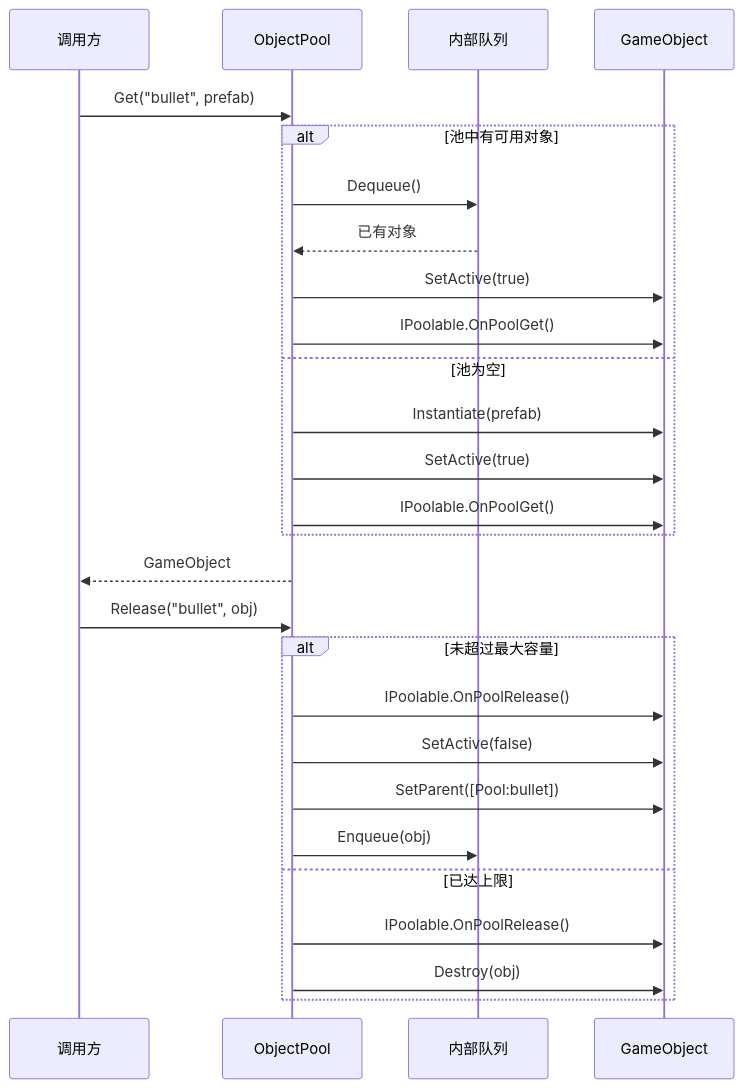
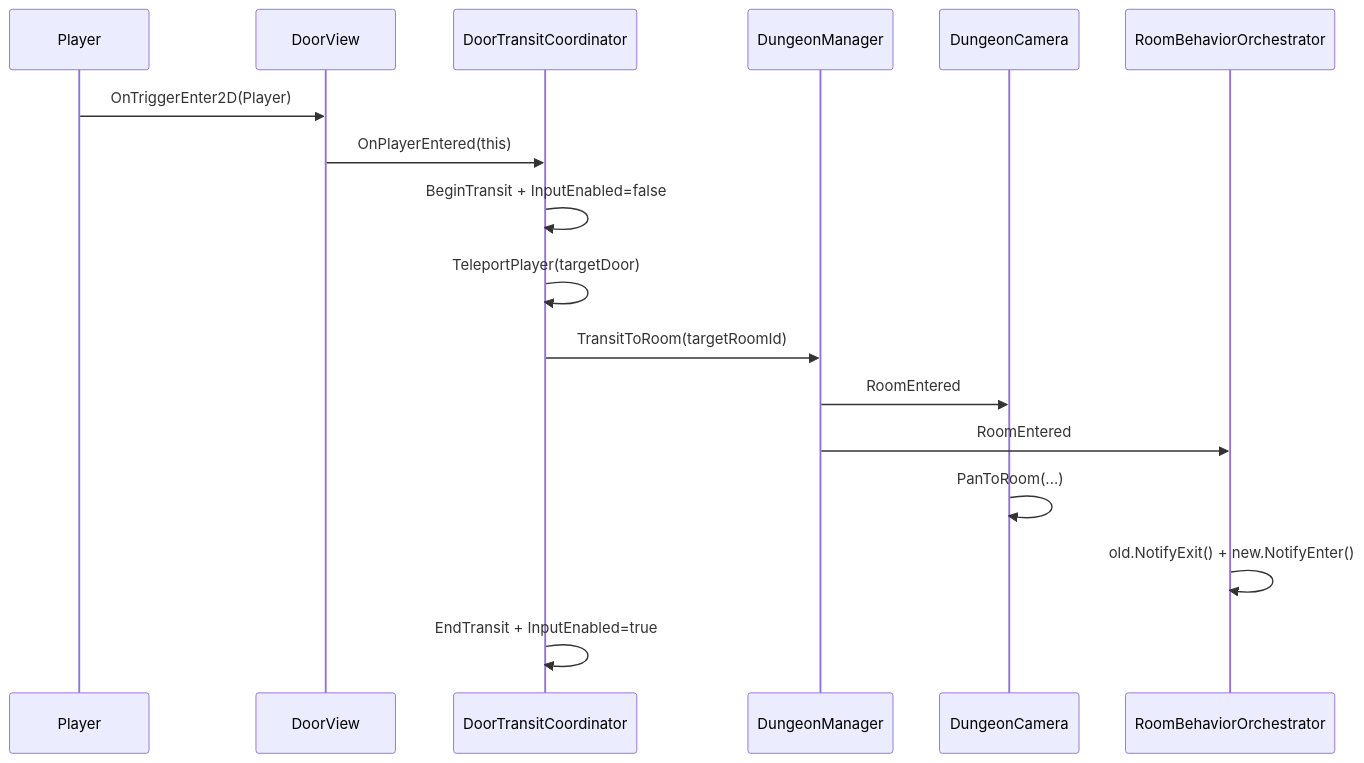
The third of 4 diagrams in README.md (PatrickStar091514/2D-Rougulike-Dungeon), drawn with Mermaid before and after one commit. The commit also changed other lines of this file and 88 other files, not shown here.

First line of the commit message:
feat: 完成地牢视图层与门转场链路接入并重写项目 README

````diff
--- a/README.md
+++ b/README.md
@@ -285,31 +230,20 @@
 ```mermaid
 sequenceDiagram
-    participant Caller as 调用方
-    participant OP as ObjectPool
-    participant Pool as 内部队列
-    participant Obj as GameObject
+    participant P as Player
+    participant DV as DoorView
+    participant TC as DoorTransitCoordinator
+    participant DM as DungeonManager
+    participant Cam as DungeonCamera
+    participant RBO as RoomBehaviorOrchestrator
 
-    Caller->>OP: Get("bullet", prefab)
-    alt 池中有可用对象
-        OP->>Pool: Dequeue()
-        Pool-->>OP: 已有对象
-        OP->>Obj: SetActive(true)
-        OP->>Obj: IPoolable.OnPoolGet()
-    else 池为空
-        OP->>Obj: Instantiate(prefab)
-        OP->>Obj: SetActive(true)
-        OP->>Obj: IPoolable.OnPoolGet()
-    end
-    OP-->>Caller: GameObject
-
-    Caller->>OP: Release("bullet", obj)
-    alt 未超过最大容量
-        OP->>Obj: IPoolable.OnPoolRelease()
-        OP->>Obj: SetActive(false)
-        OP->>Obj: SetParent([Pool:bullet])
-        OP->>Pool: Enqueue(obj)
-    else 已达上限
-        OP->>Obj: IPoolable.OnPoolRelease()
-        OP->>Obj: Destroy(obj)
-    end
+    P->>DV: OnTriggerEnter2D(Player)
+    DV->>TC: OnPlayerEntered(this)
+    TC->>TC: BeginTransit + InputEnabled=false
+    TC->>TC: TeleportPlayer(targetDoor)
+    TC->>DM: TransitToRoom(targetRoomId)
+    DM->>Cam: RoomEntered
+    DM->>RBO: RoomEntered
+    Cam->>Cam: PanToRoom(...)
+    RBO->>RBO: old.NotifyExit() + new.NotifyEnter()
+    TC->>TC: EndTransit + InputEnabled=true
 ```
````
